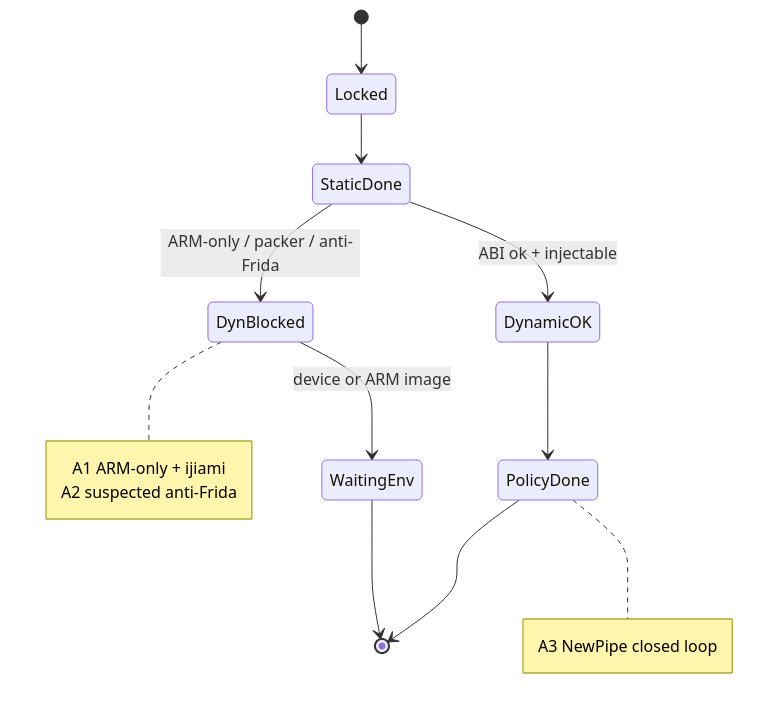
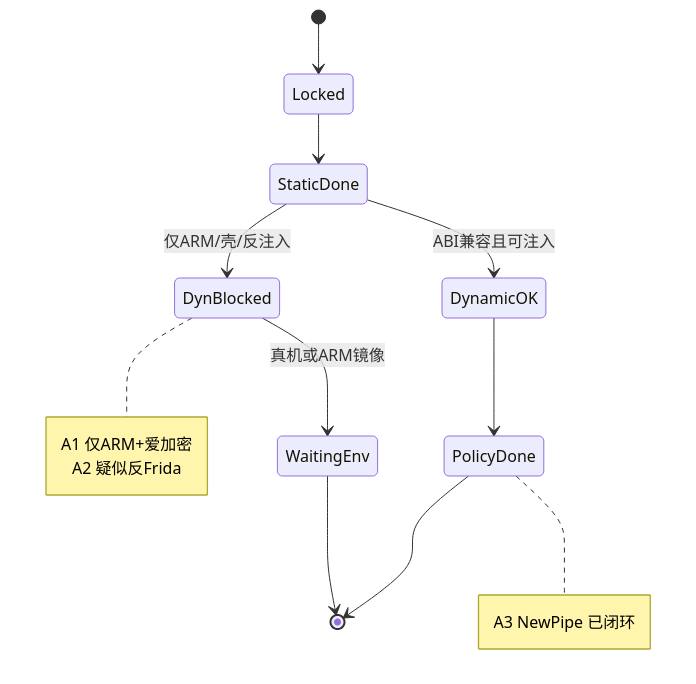
One commit to ConradLu2740/app-privacy-audit changed the fifth of 5 diagrams in README.md. Above: the diagram before and after it, drawn with Mermaid. The commit also changed other lines of this file and 4 other files, not shown here.

````diff
--- a/README.md
+++ b/README.md
@@ -171,19 +213,19 @@
 ```mermaid
 stateDiagram-v2
   [*] --> Locked
   Locked --> StaticDone
-  StaticDone --> DynamicOK: ABI ok + injectable
-  StaticDone --> DynBlocked: ARM-only / packer / anti-Frida
+  StaticDone --> DynamicOK: ABI兼容且可注入
+  StaticDone --> DynBlocked: 仅ARM/壳/反注入
   DynamicOK --> PolicyDone
-  DynBlocked --> WaitingEnv: device or ARM image
+  DynBlocked --> WaitingEnv: 真机或ARM镜像
   PolicyDone --> [*]
   WaitingEnv --> [*]
 
   note right of DynBlocked
-    A1 ARM-only + ijiami
-    A2 suspected anti-Frida
+    A1 仅ARM+爱加密
+    A2 疑似反Frida
   end note
   note right of PolicyDone
-    A3 NewPipe closed loop
+    A3 NewPipe 已闭环
   end note
 ```
````
